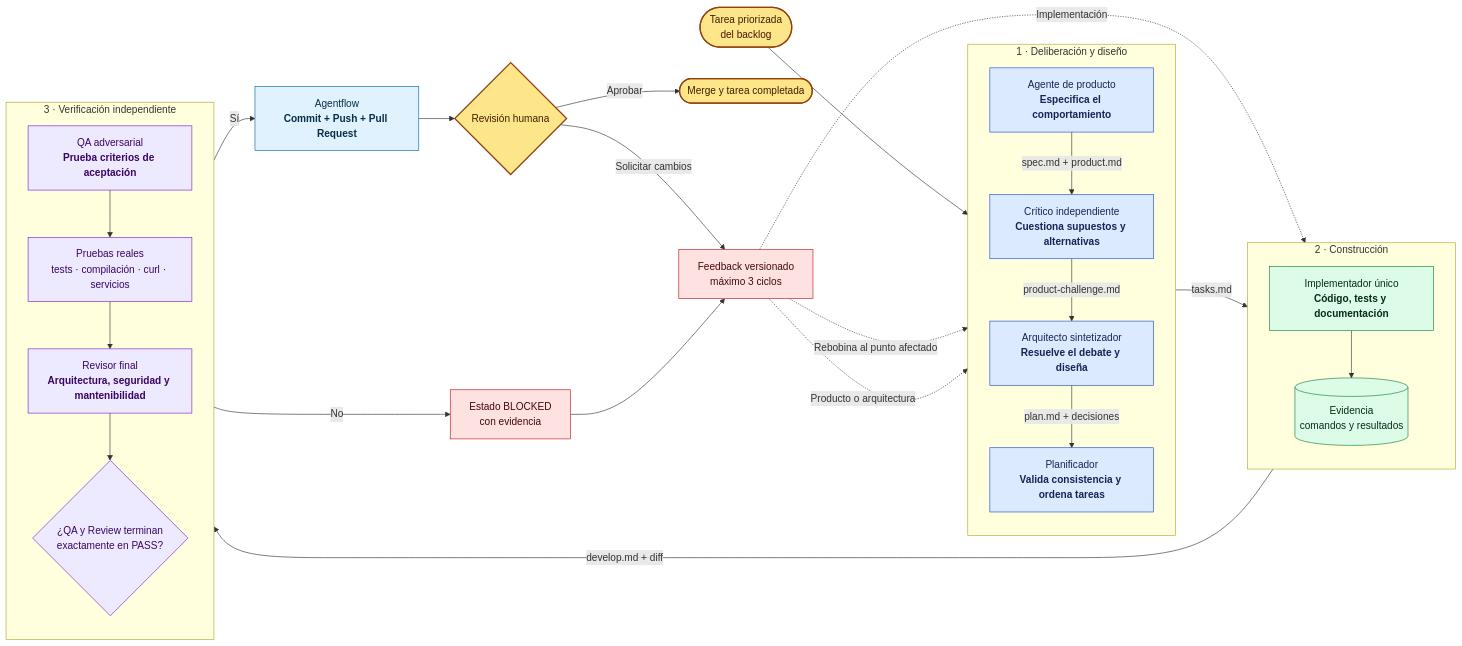
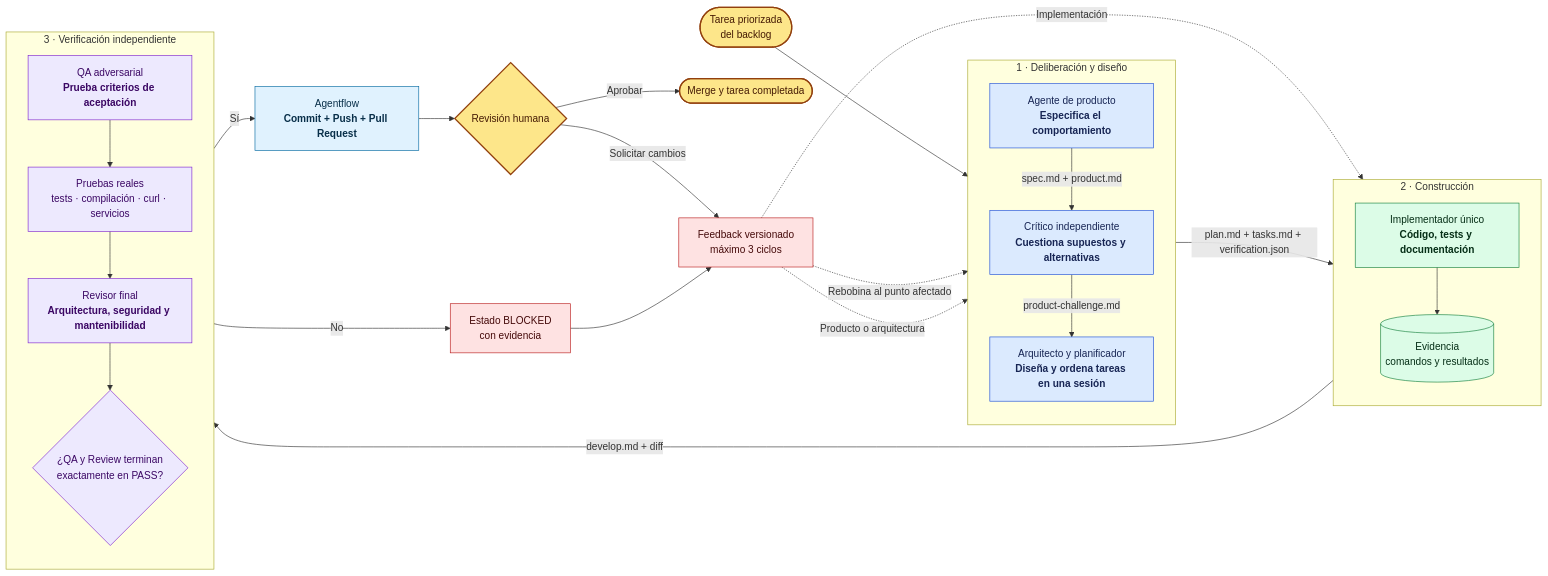
One commit to CorreaSebastianEmanuel/desapp-grupo-m-2026s2 changed the diagram in docs/METODOLOGIA_AGENTICA.md. Above: the diagram before and after it, drawn with Mermaid. The commit also changed other lines of this file and 40 other files, not shown here.

````diff
--- a/docs/METODOLOGIA_AGENTICA.md
+++ b/docs/METODOLOGIA_AGENTICA.md
@@ -5,68 +5,66 @@
 ```mermaid
 flowchart LR
     IN([Tarea priorizada<br/>del backlog])
 
     subgraph DEL[1 · Deliberación y diseño]
         direction TB
         P[Agente de producto<br/><b>Especifica el comportamiento</b>]
         PC[Crítico independiente<br/><b>Cuestiona supuestos y alternativas</b>]
-        ARQ[Arquitecto sintetizador<br/><b>Resuelve el debate y diseña</b>]
-        TASKS[Planificador<br/><b>Valida consistencia y ordena tareas</b>]
+        ARQ[Arquitecto y planificador<br/><b>Diseña y ordena tareas en una sesión</b>]
 
         P -->|spec.md + product.md| PC
         PC -->|product-challenge.md| ARQ
-        ARQ -->|plan.md + decisiones| TASKS
     end
 
     subgraph DEV[2 · Construcción]
         direction TB
         IMP[Implementador único<br/><b>Código, tests y documentación</b>]
         EV[(Evidencia<br/>comandos y resultados)]
         IMP --> EV
     end
 
     subgraph VER[3 · Verificación independiente]
         direction TB
         QA[QA adversarial<br/><b>Prueba criterios de aceptación</b>]
         REAL[Pruebas reales<br/>tests · compilación · curl · servicios]
         REV[Revisor final<br/><b>Arquitectura, seguridad y mantenibilidad</b>]
         GATE{¿QA y Review terminan<br/>exactamente en PASS?}
 
         QA --> REAL
         REAL --> REV
         REV --> GATE
     end
 
     PUB[Agentflow<br/><b>Commit + Push + Pull Request</b>]
     HUMAN{Revisión humana}
     DONE([Merge y tarea completada])
     BLOCK[Estado BLOCKED<br/>con evidencia]
     FB[Feedback versionado<br/>máximo 3 ciclos]
 
     IN --> P
-    TASKS -->|tasks.md| IMP
+    ARQ -->|plan.md + tasks.md + verification.json| IMP
     EV -->|develop.md + diff| QA
     GATE -->|Sí| PUB
     PUB --> HUMAN
     HUMAN -->|Aprobar| DONE
     HUMAN -->|Solicitar cambios| FB
     GATE -->|No| BLOCK
     BLOCK --> FB
     FB -.->|Rebobina al punto afectado| P
     FB -.->|Producto o arquitectura| ARQ
     FB -.->|Implementación| IMP
 
     classDef human fill:#FDE68A,stroke:#92400E,color:#451A03,stroke-width:2px;
     classDef deliberation fill:#DBEAFE,stroke:#1D4ED8,color:#172554;
     classDef execution fill:#DCFCE7,stroke:#15803D,color:#052E16;
     classDef verification fill:#EDE9FE,stroke:#7E22CE,color:#3B0764;
     classDef failure fill:#FEE2E2,stroke:#B91C1C,color:#450A0A;
     classDef automation fill:#E0F2FE,stroke:#0369A1,color:#082F49;
 
     class IN,HUMAN,DONE human;
-    class P,PC,ARQ,TASKS deliberation;
+    class P,PC,ARQ deliberation;
     class IMP,EV execution;
     class QA,REAL,REV,GATE verification;
     class BLOCK,FB failure;
     class PUB automation;
 ```
````
